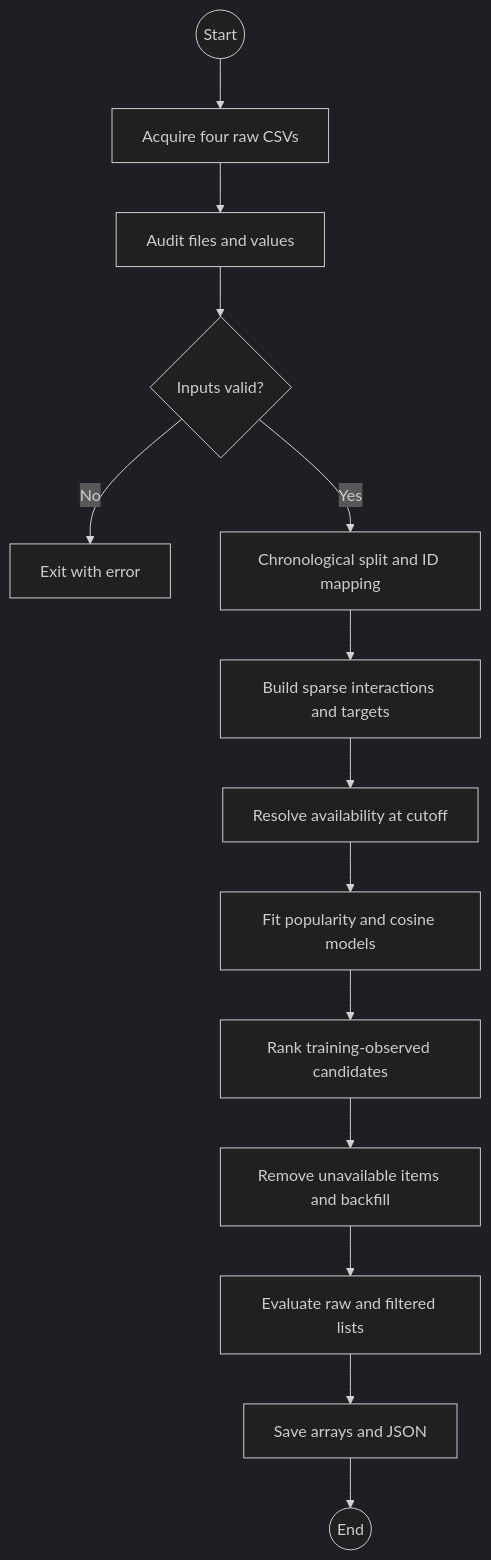
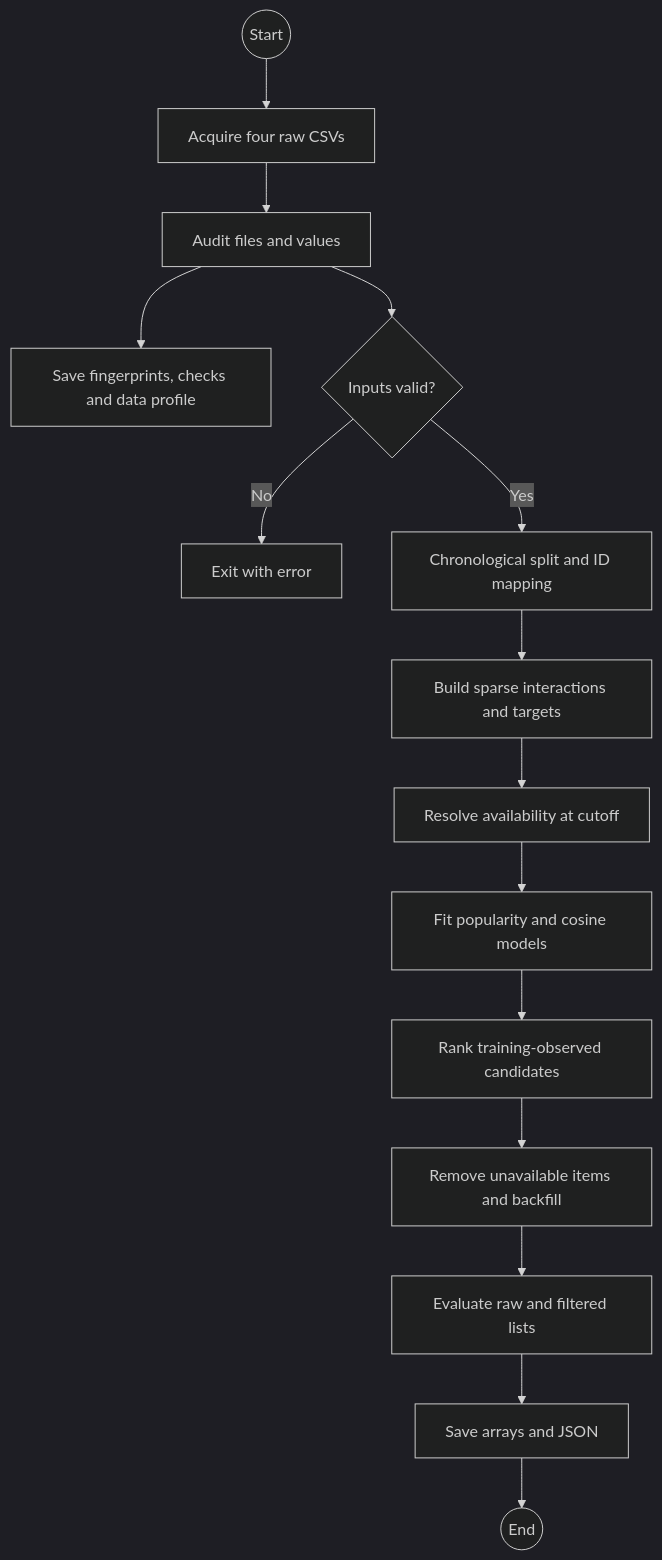
The first of 3 diagrams in docs/project_spec.md (AngLi067/DSC200_Group_Project), drawn with Mermaid (dark theme) before and after one commit. The commit also changed other lines of this file and 19 other files, not shown here.

````diff
--- a/docs/project_spec.md
+++ b/docs/project_spec.md
@@ -59,16 +59,17 @@
 ```mermaid
 flowchart TD
     start((Start)) --> raw[Acquire four raw CSVs]
     raw --> audit[Audit files and values]
+    audit --> report[Save fingerprints, checks and data profile]
     audit --> valid{Inputs valid?}
     valid -- No --> stop[Exit with error]
     valid -- Yes --> split[Chronological split and ID mapping]
     split --> sparse[Build sparse interactions and targets]
     sparse --> snapshot[Resolve availability at cutoff]
     snapshot --> models[Fit popularity and cosine models]
     models --> rank[Rank training-observed candidates]
     rank --> filter[Remove unavailable items and backfill]
     filter --> metrics[Evaluate raw and filtered lists]
     metrics --> save[Save arrays and JSON]
     save --> finish((End))
 ```
````
